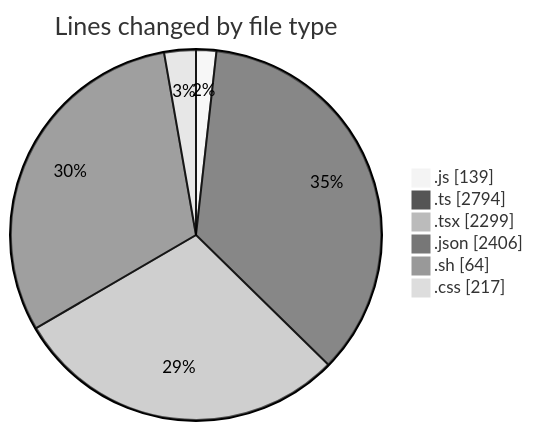
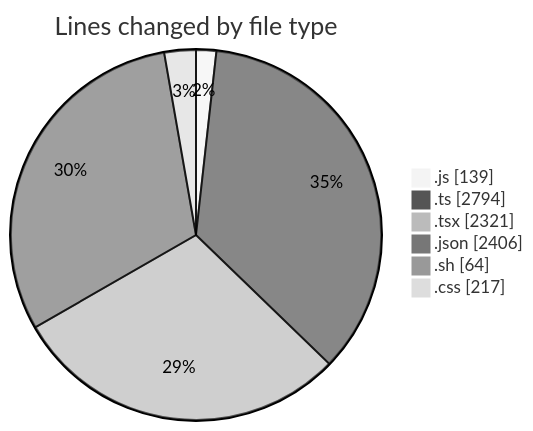
The first of 2 diagrams in 2025-07-14/ribbon/README.md (EIIisD/code-tracking), drawn with Mermaid (neutral theme) before and after one commit. The commit also changed other lines of this file and 1 other file, not shown here.

````diff
--- a/2025-07-14/ribbon/README.md
+++ b/2025-07-14/ribbon/README.md
@@ -54,10 +54,10 @@
 ```mermaid
 pie showData
 title Lines changed by file type
 ".js" : 139
 ".ts" : 2794
-".tsx" : 2299
+".tsx" : 2321
 ".json" : 2406
 ".sh" : 64
 ".css" : 217
 ```
````
